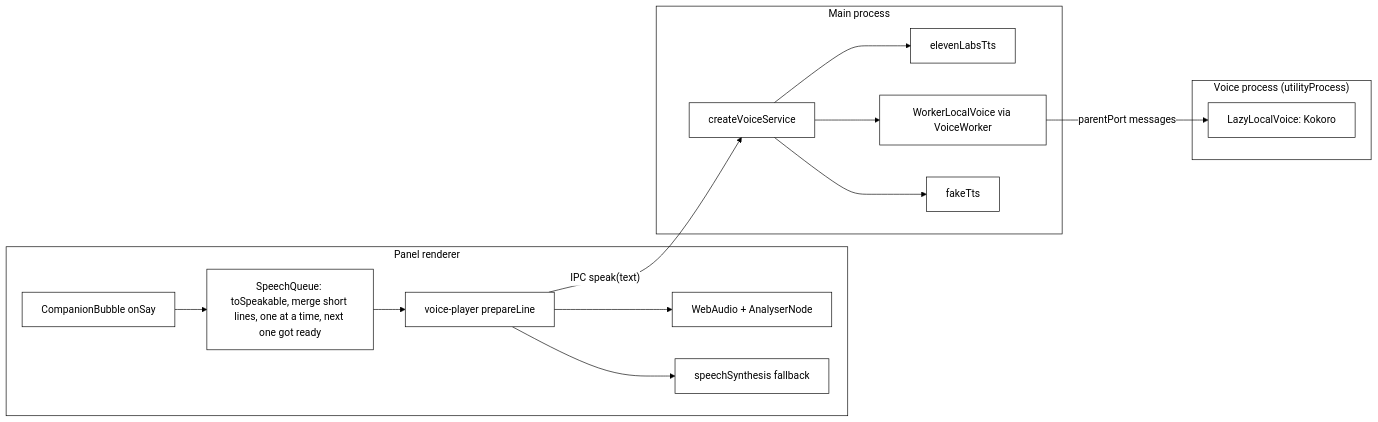
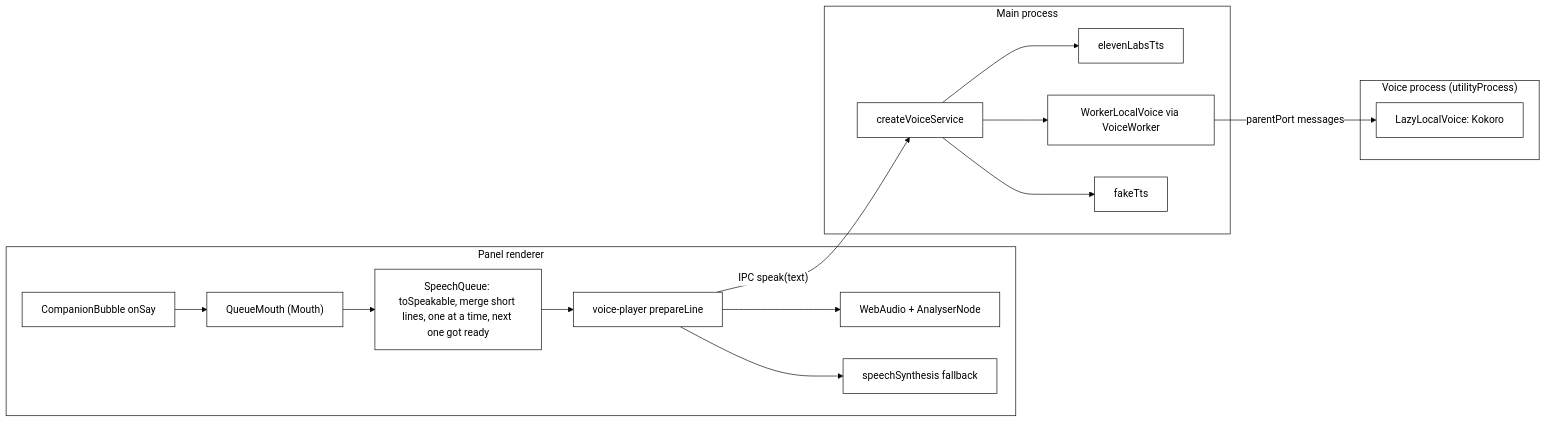
Before and after one commit to nadeem4/tagalong: diagram 12 of 13 in docs/architecture.md, drawn with Mermaid. The commit also changed other lines of this file and 7 other files, not shown here.

````diff
--- a/docs/architecture.md
+++ b/docs/architecture.md
@@ -1505,20 +1505,21 @@
 ```mermaid
 %%{init: {"theme": "base", "themeVariables": {"primaryColor": "#ffffff", "primaryTextColor": "#000000", "primaryBorderColor": "#000000", "lineColor": "#000000", "secondaryColor": "#ffffff", "tertiaryColor": "#ffffff", "background": "#ffffff", "clusterBkg": "#ffffff", "clusterBorder": "#000000"}}}%%
 flowchart LR
   subgraph Panel["Panel renderer"]
-    CB["CompanionBubble onSay"] --> Q["SpeechQueue: toSpeakable, merge short lines, one at a time, next one got ready"]
+    CB["CompanionBubble onSay"] --> QM["QueueMouth (Mouth)"]
+    QM --> Q["SpeechQueue: toSpeakable, merge short lines, one at a time, next one got ready"]
     Q --> PL["voice-player prepareLine"]
     PL --> WA["WebAudio + AnalyserNode"]
     PL --> SS["speechSynthesis fallback"]
   end
   subgraph Main["Main process"]
     VS["createVoiceService"] --> EL["elevenLabsTts"]
     VS --> WL["WorkerLocalVoice via VoiceWorker"]
     VS --> FK["fakeTts"]
   end
   subgraph VP["Voice process (utilityProcess)"]
     KO["LazyLocalVoice: Kokoro"]
   end
   WL -- "parentPort messages" --> KO
   PL -- "IPC speak(text)" --> VS
 ```
````
